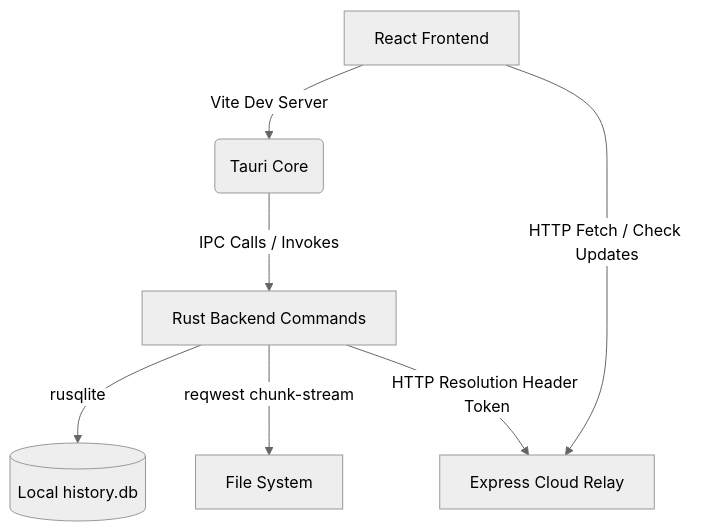
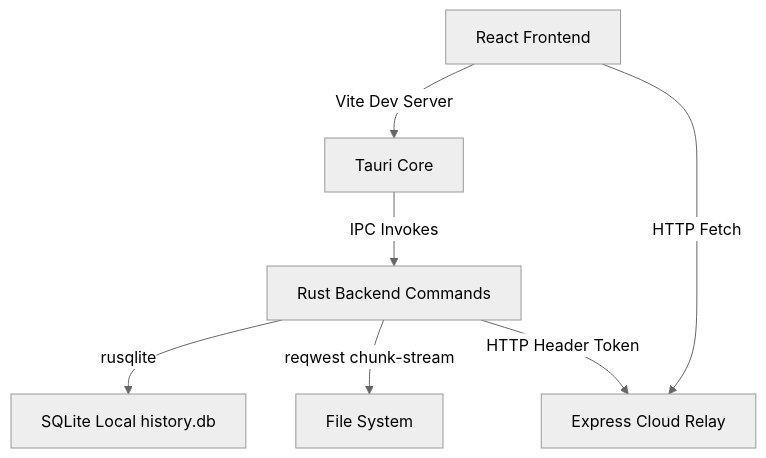
The diagram in README.md (shreeshasn/snaptube-for-pc), drawn with Mermaid (neutral theme) before and after one commit. The commit also changed other lines of this file and 33 other files, not shown here.

````diff
--- a/README.md
+++ b/README.md
@@ -21,9 +65,9 @@
 ```mermaid
 graph TD
-    A[React Frontend] -->|Vite Dev Server| B(Tauri Core)
-    B -->|IPC Calls / Invokes| C[Rust Backend Commands]
-    C -->|rusqlite| D[(Local history.db)]
+    A[React Frontend] -->|Vite Dev Server| B[Tauri Core]
+    B -->|IPC Invokes| C[Rust Backend Commands]
+    C -->|rusqlite| D[SQLite Local history.db]
     C -->|reqwest chunk-stream| E[File System]
-    A -->|HTTP Fetch / Check Updates| F[Express Cloud Relay]
-    C -->|HTTP Resolution Header Token| F
+    A -->|HTTP Fetch| F[Express Cloud Relay]
+    C -->|HTTP Header Token| F
 ```
````
